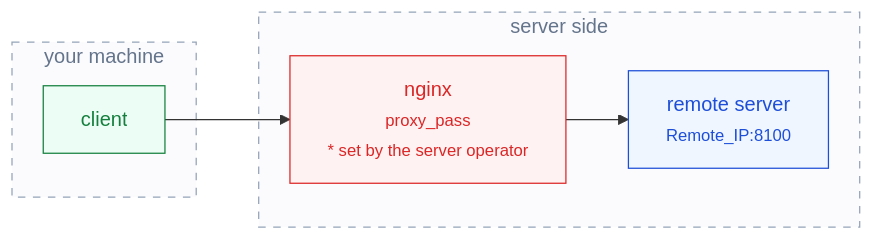
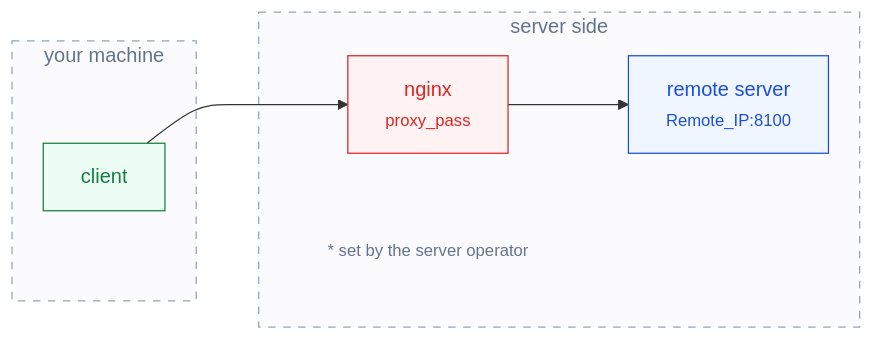
One commit to ssyrc/ssyrc.github.io changed the fourth of 4 diagrams in _posts/ko/2026-09-16-proxy-and-port-forwarding.md. Above: the diagram before and after it, drawn with Mermaid. The commit also changed other lines of this file and 2 other files, not shown here.

First line of the commit message:
Move setup notes outside the boxes, add a forward proxy section

````diff
--- a/_posts/ko/2026-09-16-proxy-and-port-forwarding.md
+++ b/_posts/ko/2026-09-16-proxy-and-port-forwarding.md
@@ -165,19 +216,23 @@
 ```mermaid
 flowchart LR
     subgraph LOCAL["your machine"]
         C["client"]
     end
     subgraph SRV["server side"]
-        N["nginx<br/><small>proxy_pass</small><br/><small>* set by the server operator</small>"] --> R["remote server<br/><small>Remote_IP:8100</small>"]
+        N["nginx<br/><small>proxy_pass</small>"] --> R["remote server<br/><small>Remote_IP:8100</small>"]
+        NOTE["<small>* set by the server operator</small>"]
     end
     C --> N
+    C ~~~ NOTE
     class C client
     class N proxy
     class R server
+    class NOTE note
     class LOCAL,SRV zone
     classDef client fill:#ecfdf5,stroke:#15803d,color:#15803d
     classDef proxy  fill:#fef2f2,stroke:#dc2626,color:#dc2626
     classDef server fill:#eff6ff,stroke:#1d4ed8,color:#1d4ed8
     classDef kernel fill:#ffffff,stroke:#dc2626,color:#64748b,stroke-dasharray:6 5
     classDef zone   fill:#fbfbfe,stroke:#94a3b8,color:#64748b,stroke-dasharray:6 6
+    classDef note   fill:none,stroke:none,color:#64748b
 ```
````
